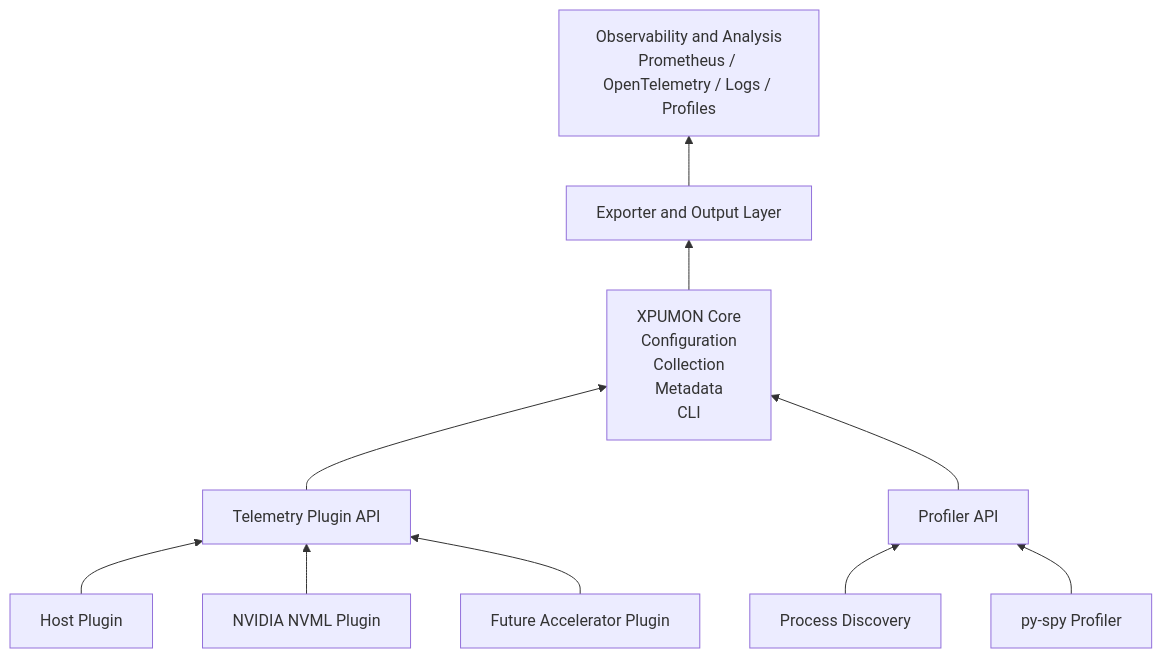
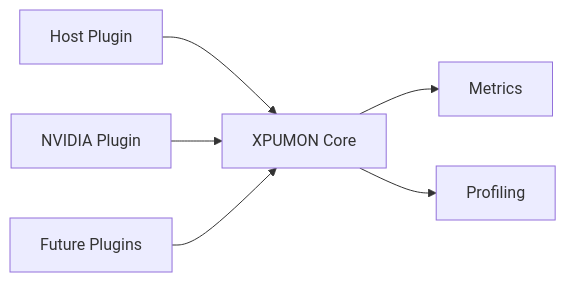
One commit to hdimmfh/xpu-monitor-agent changed the diagram in docs/00-overview.md. Above: the diagram before and after it, drawn with Mermaid. The commit also changed other lines of this file, not shown here.

````diff
--- a/docs/00-overview.md
+++ b/docs/00-overview.md
@@ -296,31 +31,13 @@
 ```mermaid
-flowchart BT
-    OBS["Observability and Analysis<br/>Prometheus / OpenTelemetry / Logs / Profiles"]
+flowchart LR
+    Host["Host Plugin"]
+    NVIDIA["NVIDIA Plugin"]
+    Future["Future Plugins"]
 
-    EXPORT["Exporter and Output Layer"]
+    Host --> Core["XPUMON Core"]
+    NVIDIA --> Core
+    Future --> Core
 
-    CORE["XPUMON Core<br/>Configuration<br/>Collection<br/>Metadata<br/>CLI"]
-
-    PLUGIN_API["Telemetry Plugin API"]
-    PROFILER_API["Profiler API"]
-
-    HOST["Host Plugin"]
-    NVIDIA["NVIDIA NVML Plugin"]
-    FUTURE["Future Accelerator Plugin"]
-
-    DISCOVERY["Process Discovery"]
-    PYSPY["py-spy Profiler"]
-
-    HOST --> PLUGIN_API
-    NVIDIA --> PLUGIN_API
-    FUTURE --> PLUGIN_API
-
-    DISCOVERY --> PROFILER_API
-    PYSPY --> PROFILER_API
-
-    PLUGIN_API --> CORE
-    PROFILER_API --> CORE
-
-    CORE --> EXPORT
-    EXPORT --> OBS
+    Core --> Metrics["Metrics"]
+    Core --> Profiling["Profiling"]
 ```
````
